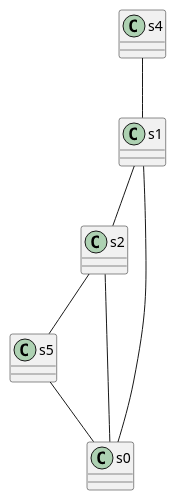
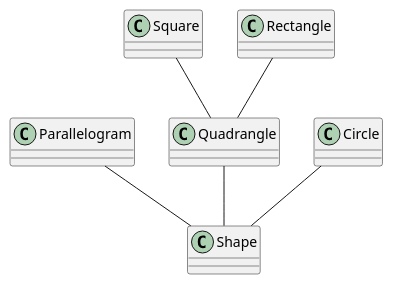
One commit to billymontolalu/thesis changed the diagram in src/parkiran/viewer.puml. Above: the diagram before and after it, drawn with PlantUML. The commit also changed 13 other files, not shown here.

```diff
--- a/src/parkiran/viewer.puml
+++ b/src/parkiran/viewer.puml
@@ -1,8 +1,7 @@
 @startuml
-s2 -- s5
-s5 -- s0
-s1 -- s0
-s1 -- s2
-s2 -- s0
-s4 -- s1
+Parallelogram -- Shape
+Quadrangle -- Shape
+Square -- Quadrangle
+Rectangle -- Quadrangle
+Circle -- Shape
 @enduml
```
